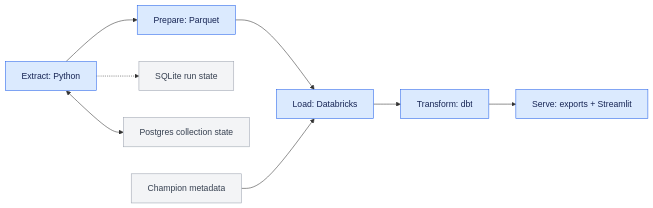
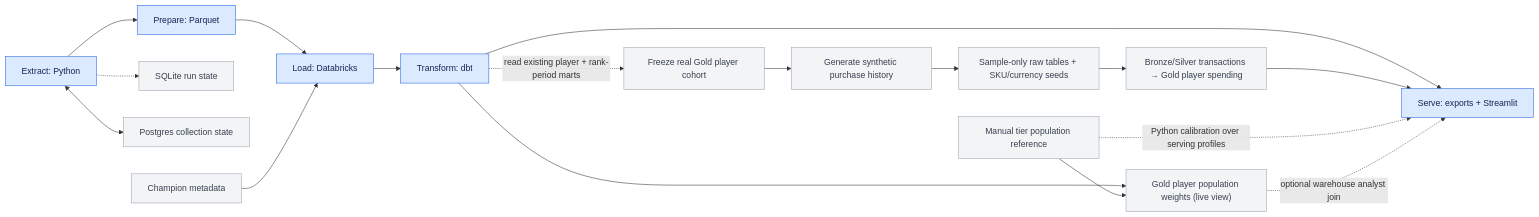
One commit to Pedro-Iaki/league-specialization-etl changed the diagram in README.md. Above: the diagram before and after it, drawn with Mermaid. The commit also changed other lines of this file and 81 other files, not shown here.

````diff
--- a/README.md
+++ b/README.md
@@ -44,23 +46,37 @@
 ```mermaid
     flowchart LR
     A["Extract: Python"]
     B["Prepare: Parquet"]
     C["Load: Databricks"]
     D["Transform: dbt"]
     E["Serve: exports + Streamlit"]
 
     A --> B --> C --> D --> E
 
     S["SQLite run state"]
     P["Postgres collection state"]
     M["Champion metadata"]
 
     A -.-> S
     A <--> P
     M --> C
 
+    F["Freeze real Gold player cohort"]
+    G["Generate synthetic purchase history"]
+    R["Sample-only raw tables + SKU/currency seeds"]
+    T["Bronze/Silver transactions → Gold player spending"]
+    Q["Manual tier population reference"]
+    W["Gold player population weights (live view)"]
+    D -. "read existing player + rank-period marts" .-> F
+    F --> G --> R --> T --> E
+    D --> W
+    Q --> W
+    Q -. "Python calibration over serving profiles" .-> E
+    W -. "optional warehouse analyst join" .-> E
+
     classDef stage fill:#dbeafe,stroke:#2563eb,color:#172554
     classDef supporting fill:#f3f4f6,stroke:#9ca3af,color:#374151
     class A,B,C,D,E stage
     class S,P,M supporting
+    class F,G,R,T,Q,W supporting
 ```
````
